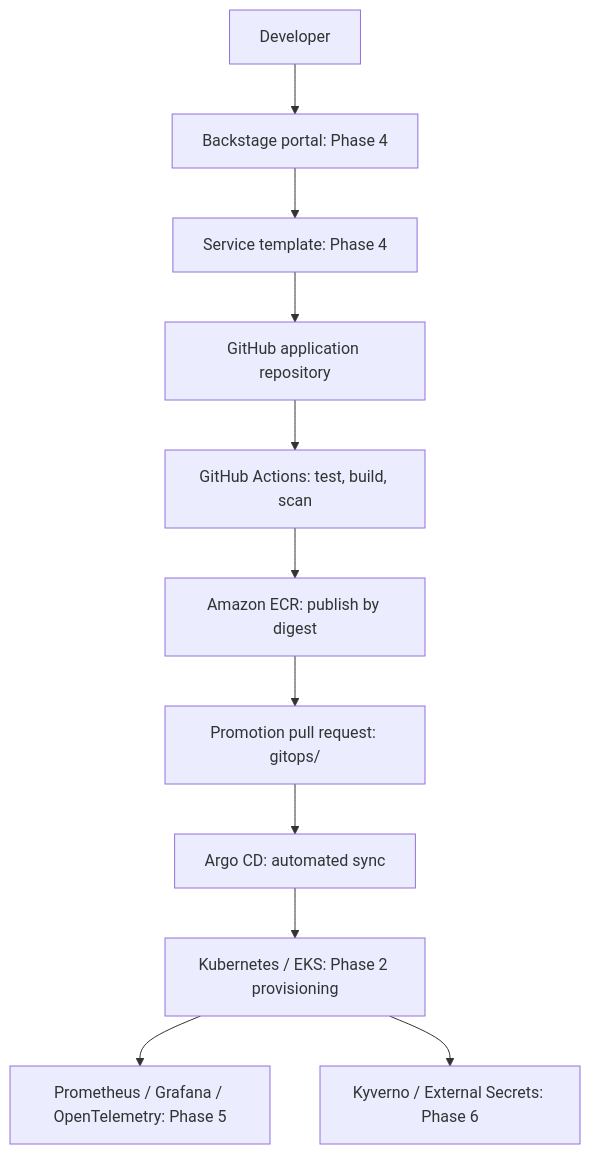
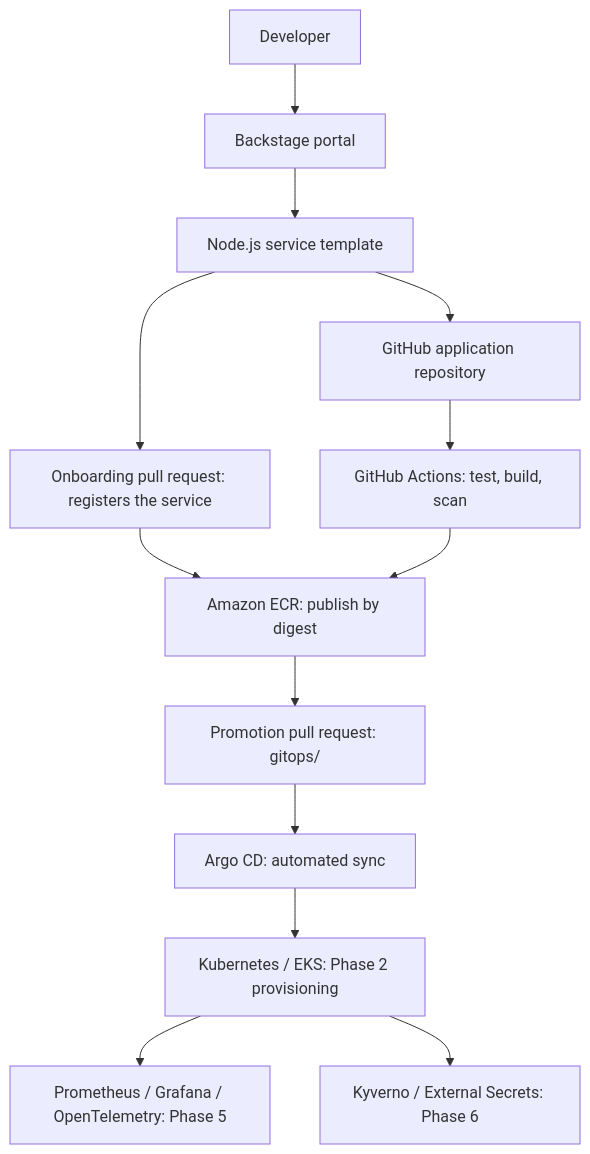
The diagram in README.md (Audu25/platform-engineering-idp), drawn with Mermaid before and after one commit. The commit also changed other lines of this file and 44 other files, not shown here.

First line of the commit message:
Phase 4: developer self-service

````diff
--- a/README.md
+++ b/README.md
@@ -14,13 +14,15 @@
 ```mermaid
 flowchart TD
-  Developer --> Backstage[Backstage portal: Phase 4]
-  Backstage --> Template[Service template: Phase 4]
+  Developer --> Backstage[Backstage portal]
+  Backstage --> Template[Node.js service template]
   Template --> Repo[GitHub application repository]
+  Template --> Onboard[Onboarding pull request: registers the service]
+  Onboard --> Registry
   Repo --> CI[GitHub Actions: test, build, scan]
   CI --> Registry[Amazon ECR: publish by digest]
   Registry --> GitOps[Promotion pull request: gitops/]
   GitOps --> Argo[Argo CD: automated sync]
   Argo --> EKS[Kubernetes / EKS: Phase 2 provisioning]
   EKS --> Observability[Prometheus / Grafana / OpenTelemetry: Phase 5]
   EKS --> Security[Kyverno / External Secrets: Phase 6]
 ```
````
